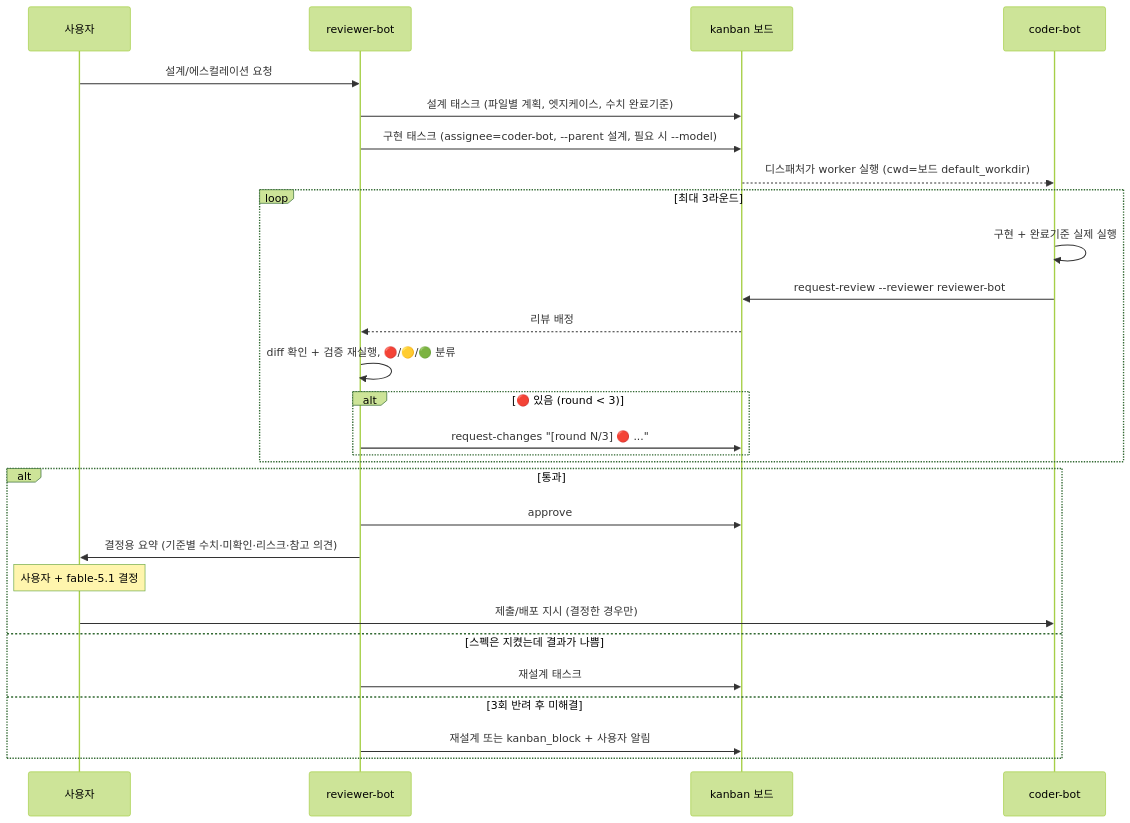
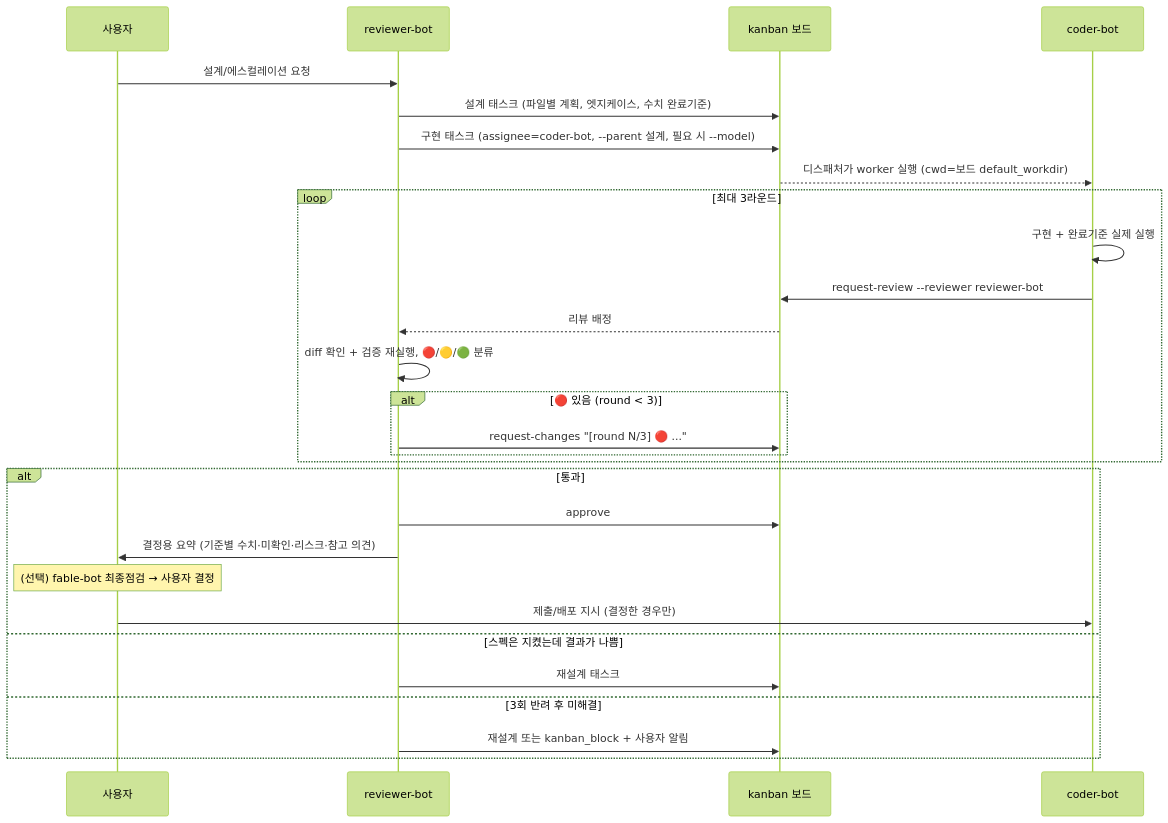
The third of 3 diagrams in docs/01_운영구조.md (egoring/hermes-ops), drawn with Mermaid (forest theme) before and after one commit. The commit also changed other lines of this file and 4 other files, not shown here.

Commit message:
최종점검을 fable-bot(Fable 5.1)으로: 07 문서 신규, 구조·결정기록·README 갱신, reviewer SOUL 결정 문구

````diff
--- a/docs/01_운영구조.md
+++ b/docs/01_운영구조.md
@@ -164,30 +166,30 @@
 ```mermaid
 sequenceDiagram
     participant U as 사용자
     participant R as reviewer-bot
     participant K as kanban 보드
     participant C as coder-bot
     U->>R: 설계/에스컬레이션 요청
     R->>K: 설계 태스크 (파일별 계획, 엣지케이스, 수치 완료기준)
     R->>K: 구현 태스크 (assignee=coder-bot, --parent 설계, 필요 시 --model)
     K-->>C: 디스패처가 worker 실행 (cwd=보드 default_workdir)
     loop 최대 3라운드
         C->>C: 구현 + 완료기준 실제 실행
         C->>K: request-review --reviewer reviewer-bot
         K-->>R: 리뷰 배정
         R->>R: diff 확인 + 검증 재실행, 🔴/🟡/🟢 분류
         alt 🔴 있음 (round < 3)
             R->>K: request-changes "[round N/3] 🔴 ..."
         end
     end
     alt 통과
         R->>K: approve
         R->>U: 결정용 요약 (기준별 수치·미확인·리스크·참고 의견)
-        Note over U: 사용자 + fable-5.1 결정
+        Note over U: (선택) fable-bot 최종점검 → 사용자 결정
         U->>C: 제출/배포 지시 (결정한 경우만)
     else 스펙은 지켰는데 결과가 나쁨
         R->>K: 재설계 태스크
     else 3회 반려 후 미해결
         R->>K: 재설계 또는 kanban_block + 사용자 알림
     end
 ```
````
